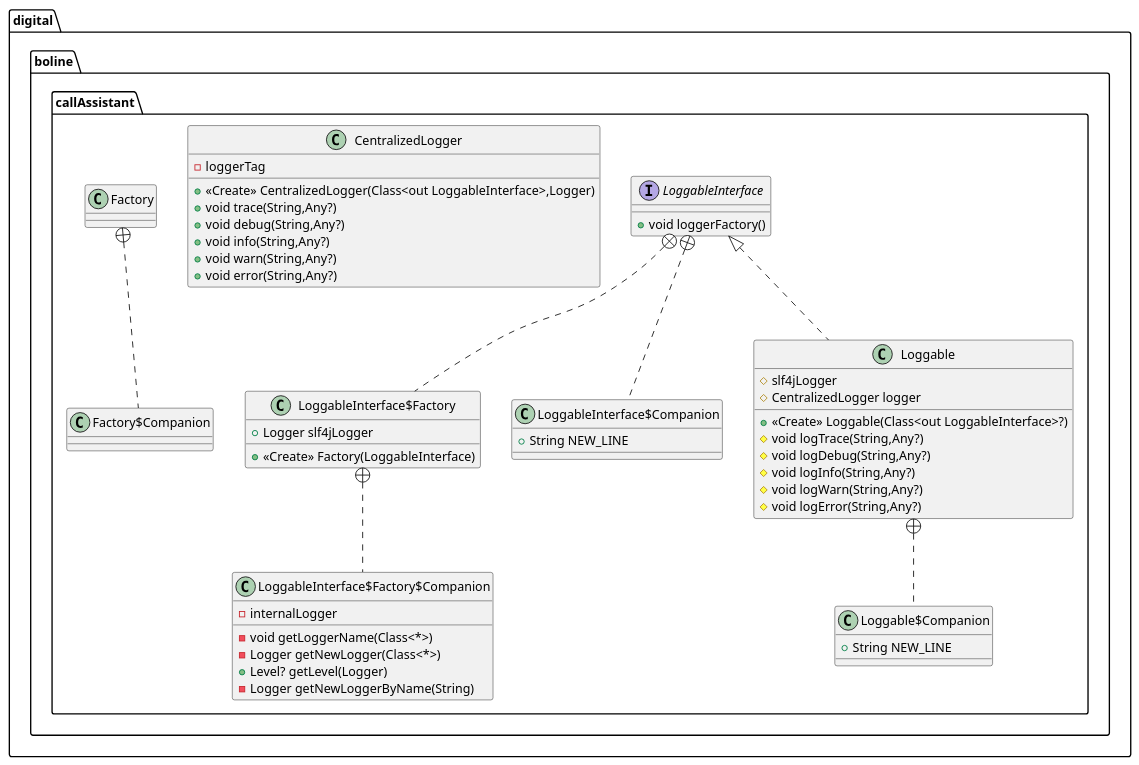
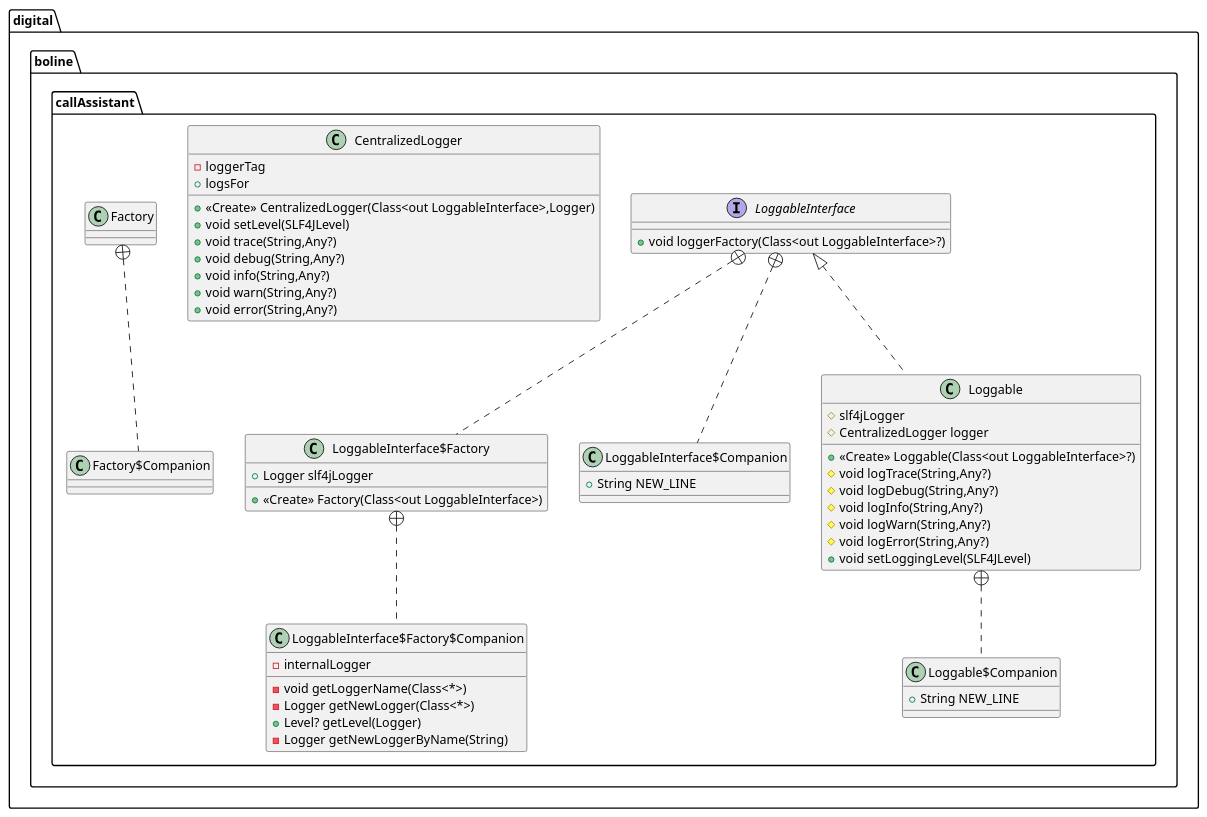
Before and after one commit to buoncubi/call_assistant: the diagram in doc/uml/loggable.puml, drawn with PlantUML. The commit also changed 308 other files, not shown here.

```diff
--- a/doc/uml/loggable.puml
+++ b/doc/uml/loggable.puml
@@ -1,60 +1,63 @@
 @startuml
 class digital.boline.callAssistant.LoggableInterface$Factory$Companion {
 -  internalLogger
 - void getLoggerName(Class<*>)
 - Logger getNewLogger(Class<*>)
 + Level? getLevel(Logger)
 - Logger getNewLoggerByName(String)
 }
 
 
 class digital.boline.callAssistant.LoggableInterface$Factory {
 + Logger slf4jLogger
-+ <<Create>> Factory(LoggableInterface)
++ <<Create>> Factory(Class<out LoggableInterface>)
 }
 
 
 class digital.boline.callAssistant.LoggableInterface$Companion {
 + String NEW_LINE
 }
 
 interface digital.boline.callAssistant.LoggableInterface {
-+ void loggerFactory()
++ void loggerFactory(Class<out LoggableInterface>?)
 }
 
 class digital.boline.callAssistant.CentralizedLogger {
 -  loggerTag
++  logsFor
 + <<Create>> CentralizedLogger(Class<out LoggableInterface>,Logger)
++ void setLevel(SLF4JLevel)
 + void trace(String,Any?)
 + void debug(String,Any?)
 + void info(String,Any?)
 + void warn(String,Any?)
 + void error(String,Any?)
 }
 
 
 class digital.boline.callAssistant.Loggable$Companion {
 + String NEW_LINE
 }
 
 class digital.boline.callAssistant.Loggable {
 #  slf4jLogger
 # CentralizedLogger logger
 + <<Create>> Loggable(Class<out LoggableInterface>?)
 # void logTrace(String,Any?)
 # void logDebug(String,Any?)
 # void logInfo(String,Any?)
 # void logWarn(String,Any?)
 # void logError(String,Any?)
++ void setLoggingLevel(SLF4JLevel)
 }
 
 
 
 
 digital.boline.callAssistant.Factory +.. digital.boline.callAssistant.Factory$Companion
 digital.boline.callAssistant.LoggableInterface$Factory +.. digital.boline.callAssistant.LoggableInterface$Factory$Companion
 digital.boline.callAssistant.LoggableInterface +.. digital.boline.callAssistant.LoggableInterface$Factory
 digital.boline.callAssistant.LoggableInterface +.. digital.boline.callAssistant.LoggableInterface$Companion
 digital.boline.callAssistant.Loggable +.. digital.boline.callAssistant.Loggable$Companion
 digital.boline.callAssistant.LoggableInterface <|.. digital.boline.callAssistant.Loggable
 @enduml
```
